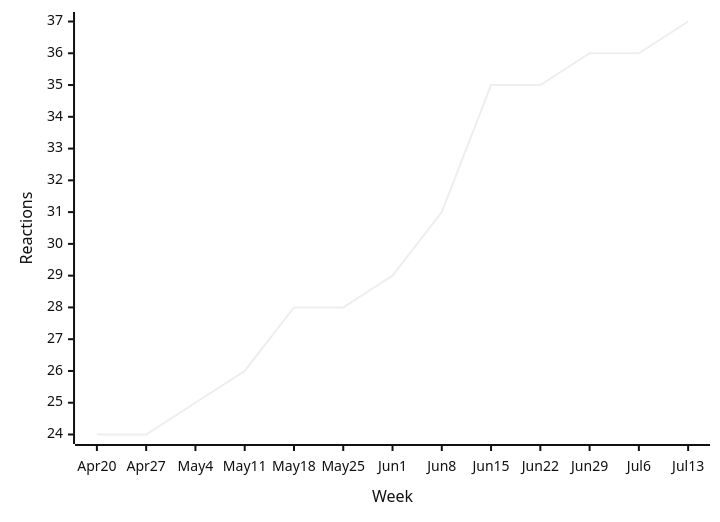
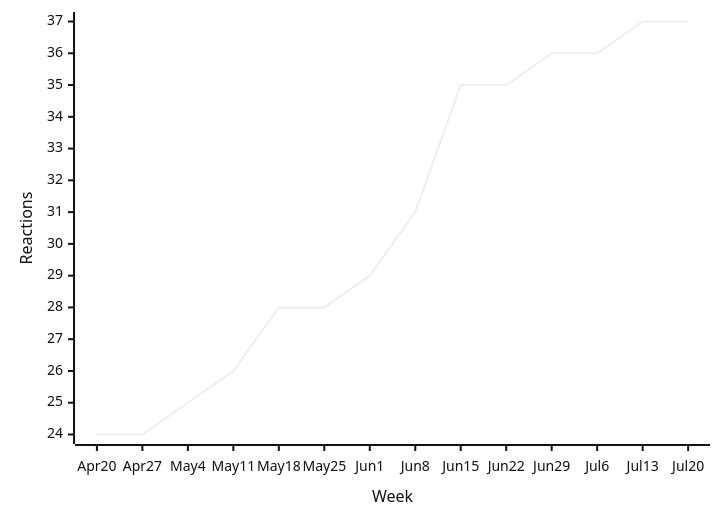
One commit to loic-sharma/github-insights changed diagram 15 of 48 in README.md. Above: the diagram before and after it, drawn with Mermaid (neutral theme). The commit also changed other lines of this file and 3 other files, not shown here.

````diff
--- a/README.md
+++ b/README.md
@@ -577,6 +577,6 @@
   ```mermaid
   xychart-beta
-    x-axis "Week" [Apr 20, Apr 27, May 4, May 11, May 18, May 25, Jun 1, Jun 8, Jun 15, Jun 22, Jun 29, Jul 6, Jul 13]
+    x-axis "Week" [Apr 20, Apr 27, May 4, May 11, May 18, May 25, Jun 1, Jun 8, Jun 15, Jun 22, Jun 29, Jul 6, Jul 13, Jul 20]
     y-axis "Reactions"
-    line [24, 24, 25, 26, 28, 28, 29, 31, 35, 35, 36, 36, 37]
+    line [24, 24, 25, 26, 28, 28, 29, 31, 35, 35, 36, 36, 37, 37]
   ```
````
